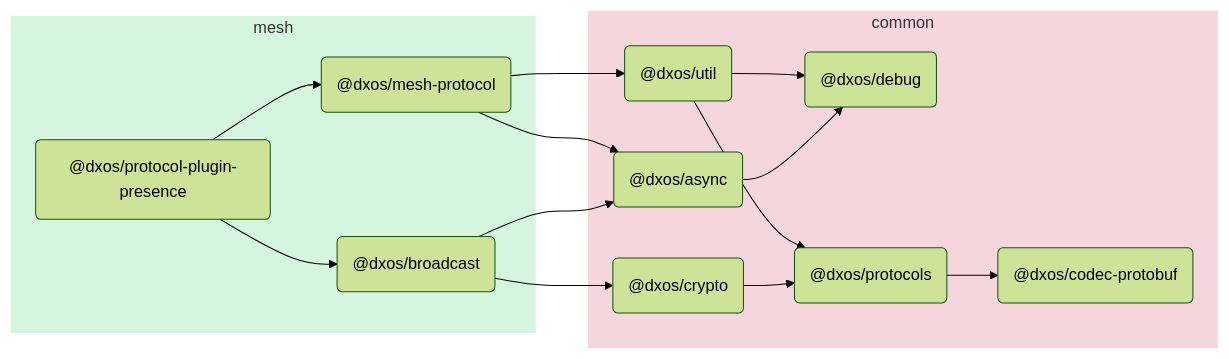
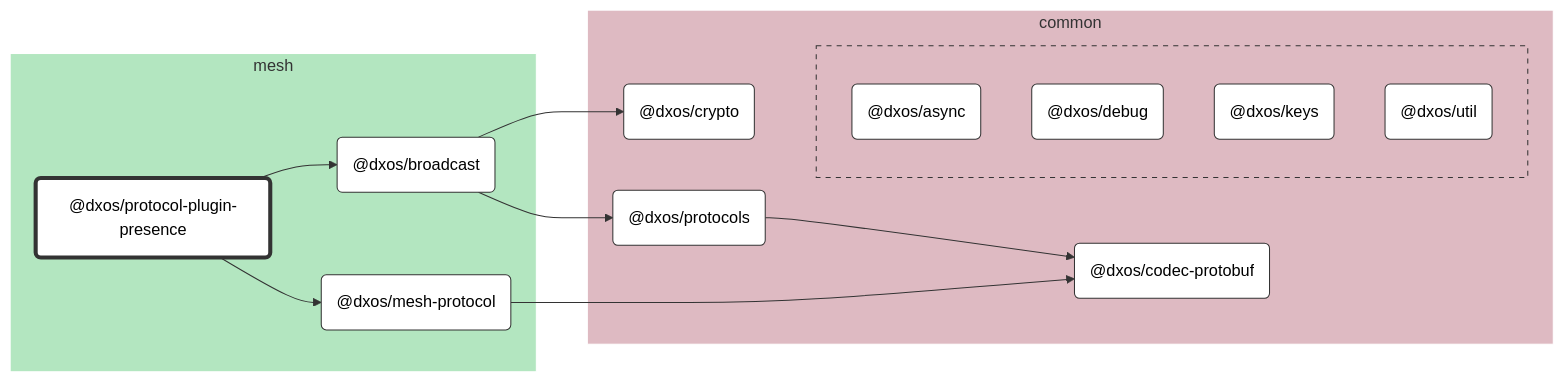
Before and after one commit to dxos/dxos: the diagram in packages/mesh/protocol-plugin-presence/docs/README.md, drawn with Mermaid (forest theme). The commit also changed other lines of this file and 89 other files, not shown here.

````diff
--- a/packages/mesh/protocol-plugin-presence/docs/README.md
+++ b/packages/mesh/protocol-plugin-presence/docs/README.md
@@ -5,32 +7,68 @@
 ```mermaid
-flowchart LR;
+%%{ init: {'flowchart':{'curve':'basis'}} }%%
 
+flowchart LR
+
+%% Links
+dxos/broadcast --> dxos/crypto;
+dxos/broadcast --> dxos/protocols;
+dxos/mesh-protocol --> dxos/codec-protobuf;
+dxos/protocol-plugin-presence --> dxos/broadcast;
+dxos/protocol-plugin-presence --> dxos/mesh-protocol;
+dxos/protocols --> dxos/codec-protobuf;
+
+%% Sections
 subgraph mesh
-  style mesh fill:#d6f5de,stroke:#fff;
-  dxos/protocol-plugin-presence("@dxos/protocol-plugin-presence");
-  dxos/broadcast("@dxos/broadcast");
-  dxos/mesh-protocol("@dxos/mesh-protocol");
+  style mesh fill:#b3e6c0,stroke:#fff;
+
+  dxos/broadcast("@dxos/broadcast")
+  dxos/mesh-protocol("@dxos/mesh-protocol")
+  dxos/protocol-plugin-presence("@dxos/protocol-plugin-presence")
 end
 
 subgraph common
-  style common fill:#f5d6dd,stroke:#fff;
-  dxos/async("@dxos/async");
-  dxos/debug("@dxos/debug");
-  dxos/codec-protobuf("@dxos/codec-protobuf");
-  dxos/crypto("@dxos/crypto");
-  dxos/protocols("@dxos/protocols");
-  dxos/util("@dxos/util");
+  style common fill:#debac2,stroke:#fff;
+
+  dxos/codec-protobuf("@dxos/codec-protobuf")
+  dxos/crypto("@dxos/crypto")
+  dxos/protocols("@dxos/protocols")
+
+  subgraph common-excluded [ ]
+    style common-excluded fill:#debac2,stroke:#333,stroke-dasharray:5 5;
+
+    dxos/async("@dxos/async")
+    dxos/debug("@dxos/debug")
+    dxos/keys("@dxos/keys")
+    dxos/util("@dxos/util")
+  end
 end
 
-dxos/protocol-plugin-presence --> dxos/broadcast;
-dxos/broadcast --> dxos/async;
-dxos/async --> dxos/debug;
-dxos/broadcast --> dxos/crypto;
-dxos/crypto --> dxos/protocols;
-dxos/protocols --> dxos/codec-protobuf;
-dxos/protocol-plugin-presence --> dxos/mesh-protocol;
-dxos/mesh-protocol --> dxos/async;
-dxos/mesh-protocol --> dxos/util;
-dxos/util --> dxos/debug;
-dxos/util --> dxos/protocols;
+
+%% Hyperlinks
+click dxos/async "dxos/dxos/tree/main/packages/common/async/docs";
+click dxos/broadcast "dxos/dxos/tree/main/packages/mesh/broadcast/docs";
+click dxos/codec-protobuf "dxos/dxos/tree/main/packages/common/codec-protobuf/docs";
+click dxos/crypto "dxos/dxos/tree/main/packages/common/crypto/docs";
+click dxos/debug "dxos/dxos/tree/main/packages/common/debug/docs";
+click dxos/keys "dxos/dxos/tree/main/packages/common/keys/docs";
+click dxos/mesh-protocol "dxos/dxos/tree/main/packages/mesh/mesh-protocol/docs";
+click dxos/protocols "dxos/dxos/tree/main/packages/common/protocols/docs";
+click dxos/util "dxos/dxos/tree/main/packages/common/util/docs";
+
+%% Styles
+classDef rootNode fill:#fff,stroke:#333,stroke-width:4px
+classDef defaultNode fill:#fff,stroke:#333,stroke-width:1px
+linkStyle default stroke:#333,stroke-width:1px
+
+dxos/protocol-plugin-presence:::rootNode
+
+dxos/async:::defaultNode
+dxos/broadcast:::defaultNode
+dxos/codec-protobuf:::defaultNode
+dxos/crypto:::defaultNode
+dxos/debug:::defaultNode
+dxos/keys:::defaultNode
+dxos/mesh-protocol:::defaultNode
+dxos/protocols:::defaultNode
+dxos/util:::defaultNode
 ```
````
